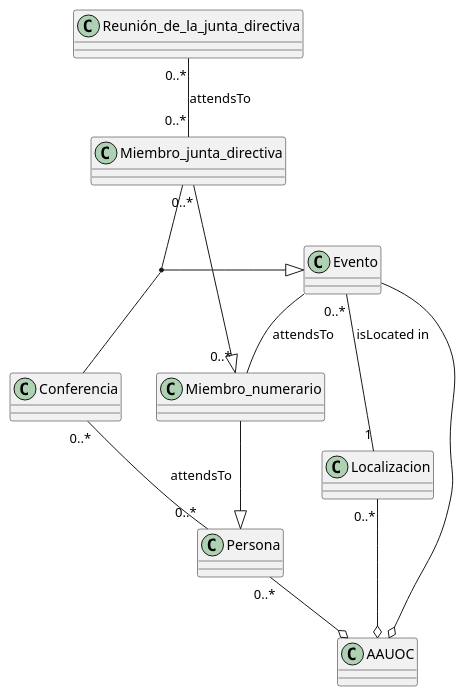
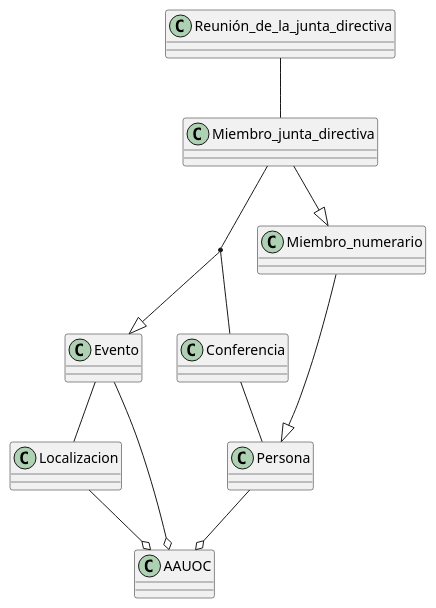
Before and after one commit to moevius237/Practica-Diagramas-UML-PAblo: the diagram in src/PabloDiagrama.puml, drawn with PlantUML.

Commit message:
Añadimos todas las relaciones

```diff
--- a/src/PabloDiagrama.puml
+++ b/src/PabloDiagrama.puml
@@ -1,40 +1,38 @@
 @startuml
 class Miembro_numerario{
 
 }
 
 class Miembro_junta_directiva
 
 class Conferencia {
 
 }
 
 class Evento {
 
 }
 
 class Reunión_de_la_junta_directiva
 
 class Localizacion {
 
 }
 
 class Persona{
 }
 
 class AAUOC{
 
 }
 
 Miembro_numerario--|>Persona
-Miembro_junta_directiva"0..*"--|>"0..*"Miembro_numerario
-(Miembro_junta_directiva, Conferencia)"0..*" --|> "0..*"Evento
-Evento -- Miembro_numerario :attendsTo
-
+Miembro_junta_directiva--|>Miembro_numerario
+(Miembro_junta_directiva, Conferencia) --|> Evento
 Evento --o AAUOC
-Evento"0..*" -- "1"Localizacion :isLocated in
-Localizacion"0..*" --o  AAUOC
-Persona"0..*" --o AAUOC
-Reunión_de_la_junta_directiva"0..*" -- "0..*"Miembro_junta_directiva :attendsTo
-Conferencia"0..*" -- "0..*"Persona :attendsTo
+Evento -- Localizacion
+Localizacion --o AAUOC
+Persona --o AAUOC
+Reunión_de_la_junta_directiva -- Miembro_junta_directiva
+Conferencia -- Persona
 @enduml
```
